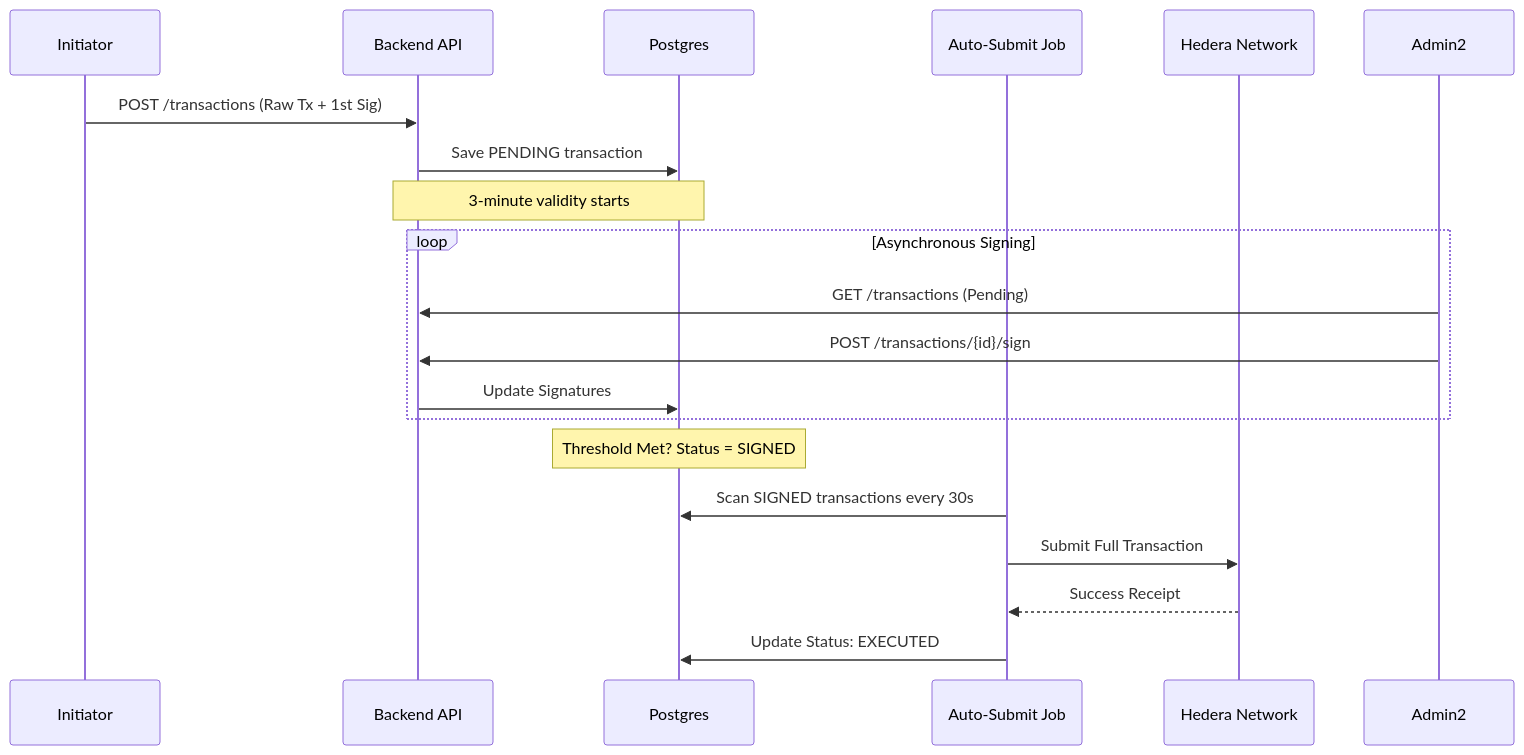
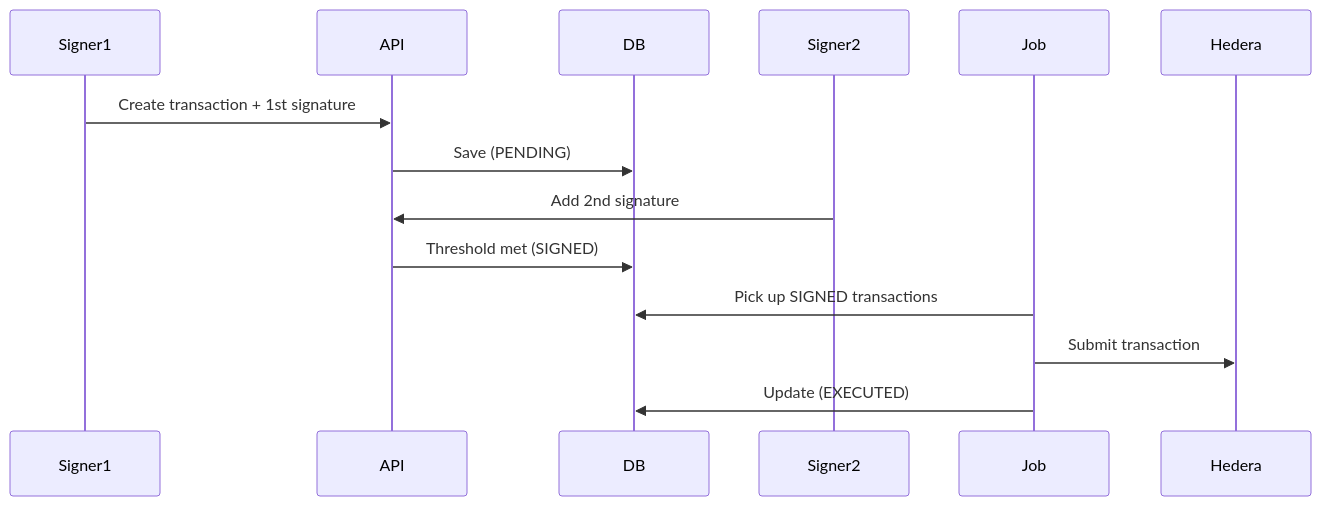
One commit to hashgraph/stablecoin-studio changed the first of 2 diagrams in documentation/backend/architecture.md. Above: the diagram before and after it, drawn with Mermaid. The commit also changed other lines of this file and 1494 other files, not shown here.

````diff
--- a/documentation/backend/architecture.md
+++ b/documentation/backend/architecture.md
@@ -42,22 +42,10 @@
 ```mermaid
 sequenceDiagram
-    participant Admin1 as Initiator
-    participant API as Backend API
-    participant DB as Postgres
-    participant J as Auto-Submit Job
-    participant H as Hedera Network
-
-    Admin1->>API: POST /transactions (Raw Tx + 1st Sig)
-    API->>DB: Save PENDING transaction
-    Note over API,DB: 3-minute validity starts
-    loop Asynchronous Signing
-        Admin2->>API: GET /transactions (Pending)
-        Admin2->>API: POST /transactions/{id}/sign
-        API->>DB: Update Signatures
-    end
-    Note over DB: Threshold Met? Status = SIGNED
-    J->>DB: Scan SIGNED transactions every 30s
-    J->>H: Submit Full Transaction
-    H-->>J: Success Receipt
-    J->>DB: Update Status: EXECUTED
+    Signer1->>API: Create transaction + 1st signature
+    API->>DB: Save (PENDING)
+    Signer2->>API: Add 2nd signature
+    API->>DB: Threshold met (SIGNED)
+    Job->>DB: Pick up SIGNED transactions
+    Job->>Hedera: Submit transaction
+    Job->>DB: Update (EXECUTED)
 ```
````
